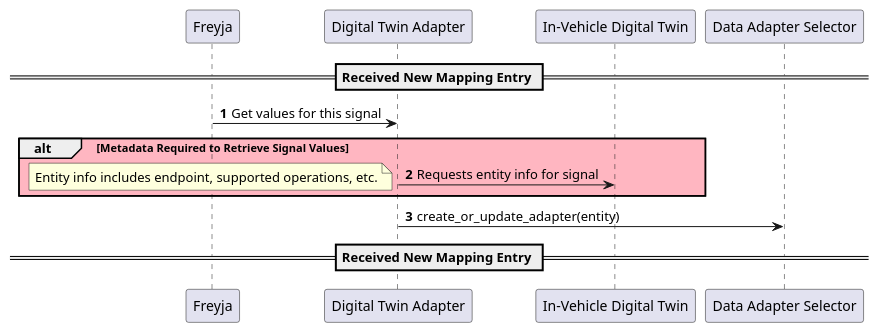
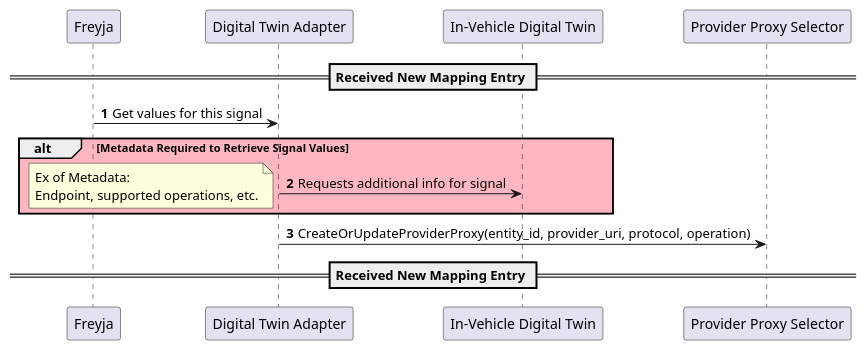
The diagram in docs/diagrams/digital_twin_adapter_sequence.puml (eclipse-ibeji/freyja), drawn with PlantUML before and after one commit. The commit also changed 3 other files, not shown here.

Commit message:
revert diagrams to main

```diff
--- a/docs/diagrams/digital_twin_adapter_sequence.puml
+++ b/docs/diagrams/digital_twin_adapter_sequence.puml
@@ -1,26 +1,27 @@
 @startuml
 participant "Freyja"
 participant "Digital Twin Adapter"
 participant "In-Vehicle Digital Twin"
-participant "Data Adapter Selector"
+participant "Provider Proxy Selector"
 
 
 
 
 autonumber
 
 == Received New Mapping Entry ==
 
 "Freyja"->"Digital Twin Adapter": Get values for this signal
 
 alt #LightPink Metadata Required to Retrieve Signal Values
-    "Digital Twin Adapter"->"In-Vehicle Digital Twin": Requests entity info for signal
+    "Digital Twin Adapter"->"In-Vehicle Digital Twin": Requests additional info for signal
     note left
-    Entity info includes endpoint, supported operations, etc.
+    Ex of Metadata:
+    Endpoint, supported operations, etc.
     end note
 end
 
-"Digital Twin Adapter"->"Data Adapter Selector": create_or_update_adapter(entity)
+"Digital Twin Adapter"->"Provider Proxy Selector": CreateOrUpdateProviderProxy(entity_id, provider_uri, protocol, operation)
 
 == Received New Mapping Entry ==
 @enduml
```
